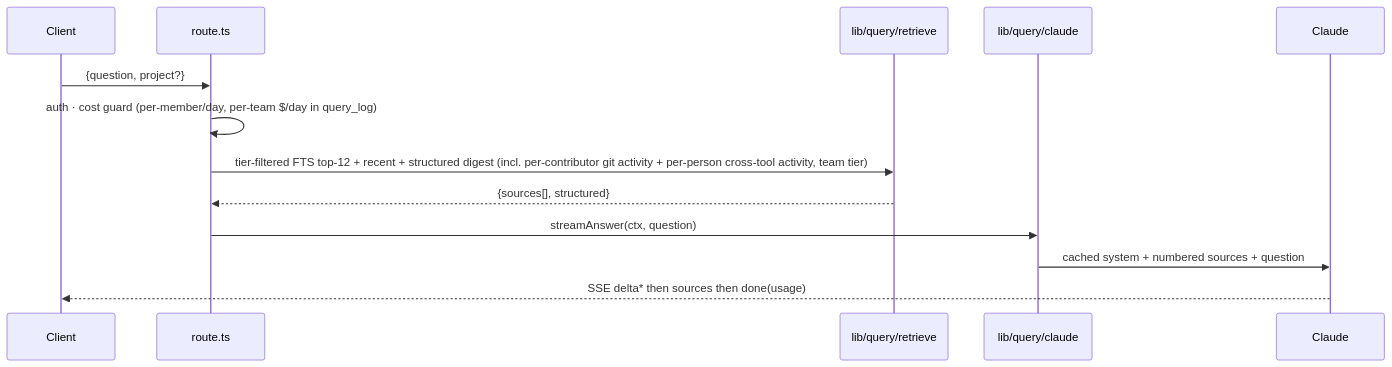
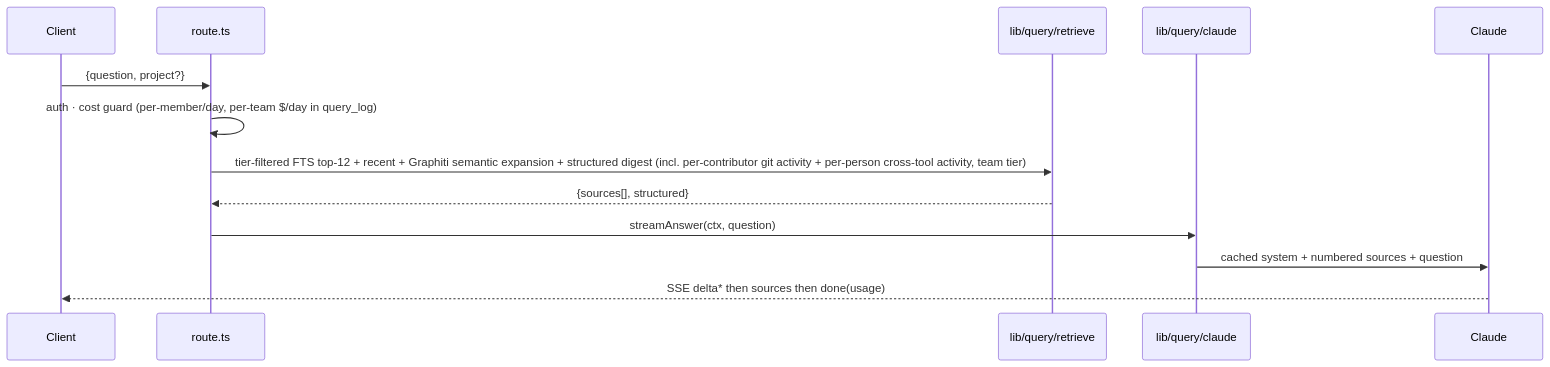
The third of 7 diagrams in docs/ARCHITECTURE.md (aiosbrain/aios-team-brain), drawn with Mermaid before and after one commit. The commit also changed other lines of this file and 3 other files, not shown here.

First line of the commit message:
feat(query): semantic retrieval via Graphiti query-expansion

````diff
--- a/docs/ARCHITECTURE.md
+++ b/docs/ARCHITECTURE.md
@@ -130,15 +130,15 @@
 ```mermaid
 sequenceDiagram
   participant U as Client
   participant Q as route.ts
   participant RET as lib/query/retrieve
   participant CL as lib/query/claude
   participant LLM as Claude
   U->>Q: {question, project?}
   Q->>Q: auth · cost guard (per-member/day, per-team $/day in query_log)
-  Q->>RET: tier-filtered FTS top-12 + recent + structured digest (incl. per-contributor git activity + per-person cross-tool activity, team tier)
+  Q->>RET: tier-filtered FTS top-12 + recent + Graphiti semantic expansion + structured digest (incl. per-contributor git activity + per-person cross-tool activity, team tier)
   RET-->>Q: {sources[], structured}
   Q->>CL: streamAnswer(ctx, question)
   CL->>LLM: cached system + numbered sources + question
   LLM-->>U: SSE delta* then sources then done(usage)
 ```
````
